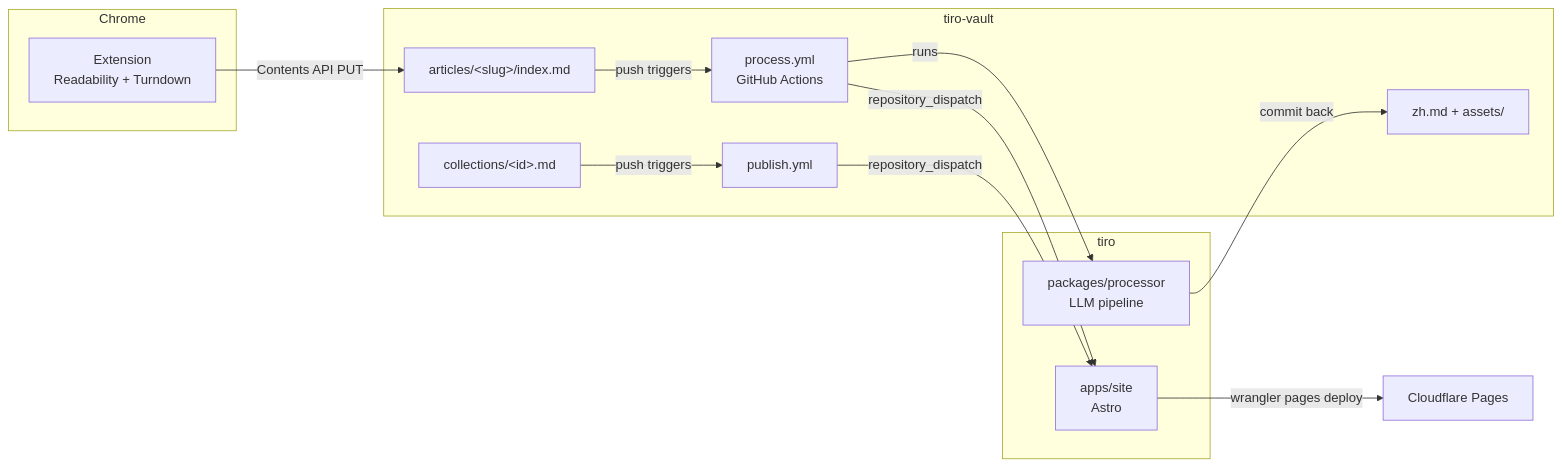
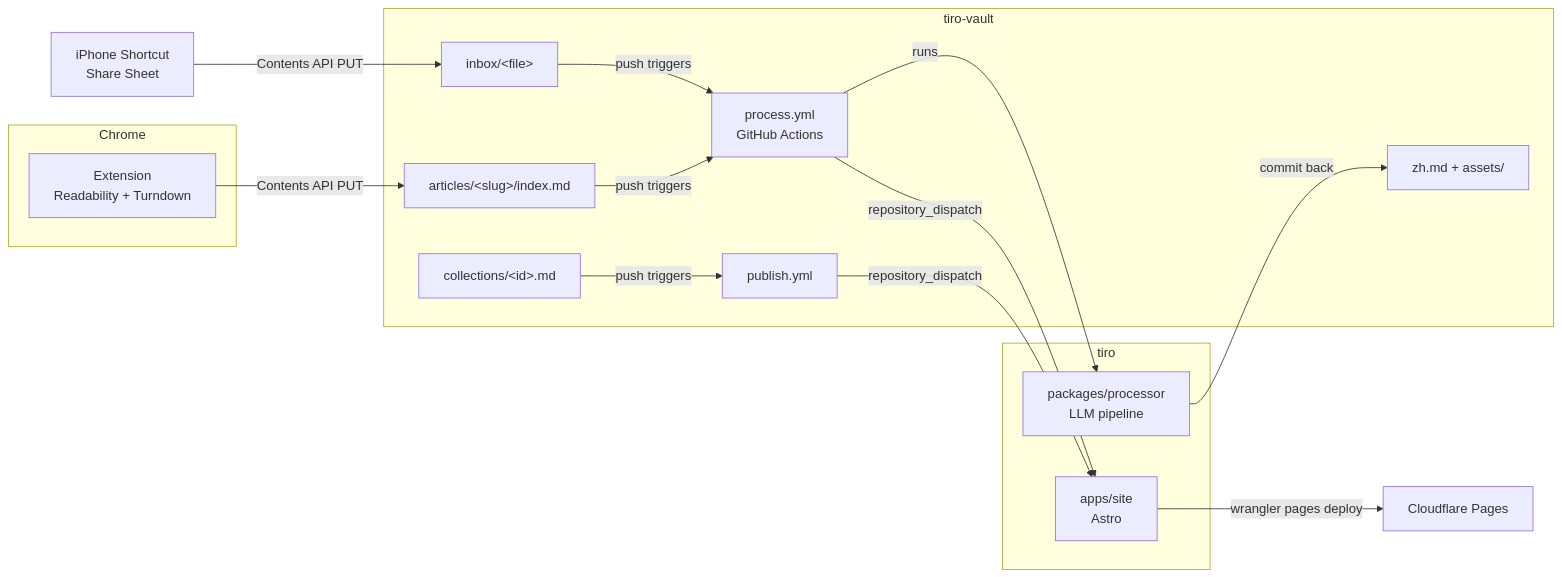
The diagram in docs/architecture.md (hutusi/tiro), drawn with Mermaid before and after one commit. The commit also changed other lines of this file and 4 other files, not shown here.

````diff
--- a/docs/architecture.md
+++ b/docs/architecture.md
@@ -6,27 +6,31 @@
 ```mermaid
 flowchart LR
     subgraph Chrome
         EXT[Extension\nReadability + Turndown]
     end
+    PHONE[iPhone Shortcut\nShare Sheet]
     subgraph tiro-vault
+        INBOX[inbox/&lt;file&gt;]
         MD[articles/&lt;slug&gt;/index.md]
         ZH[zh.md + assets/]
         WF[process.yml\nGitHub Actions]
         COL[collections/&lt;id&gt;.md]
         PUB[publish.yml]
     end
     subgraph tiro
         PROC[packages/processor\nLLM pipeline]
         SITE[apps/site\nAstro]
     end
     CF[Cloudflare Pages]
 
     EXT -- "Contents API PUT" --> MD
+    PHONE -- "Contents API PUT" --> INBOX
+    INBOX -- "push triggers" --> WF
     MD -- "push triggers" --> WF
     WF -- "runs" --> PROC
     PROC -- "commit back" --> ZH
     WF -- "repository_dispatch" --> SITE
     COL -- "push triggers" --> PUB
     PUB -- "repository_dispatch" --> SITE
     SITE -- "wrangler pages deploy" --> CF
 ```
````
